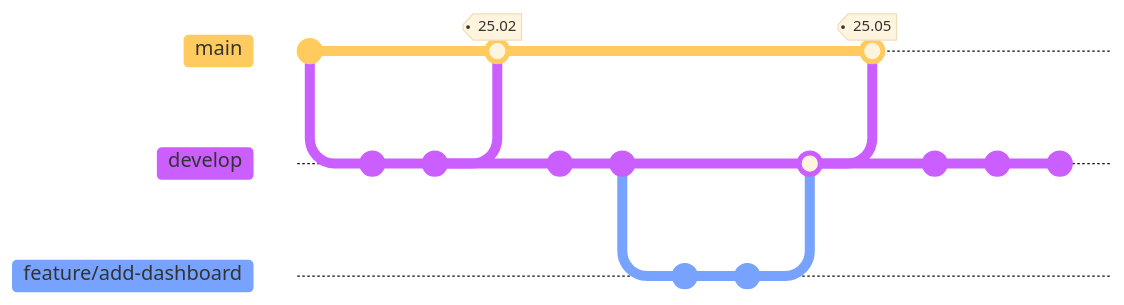
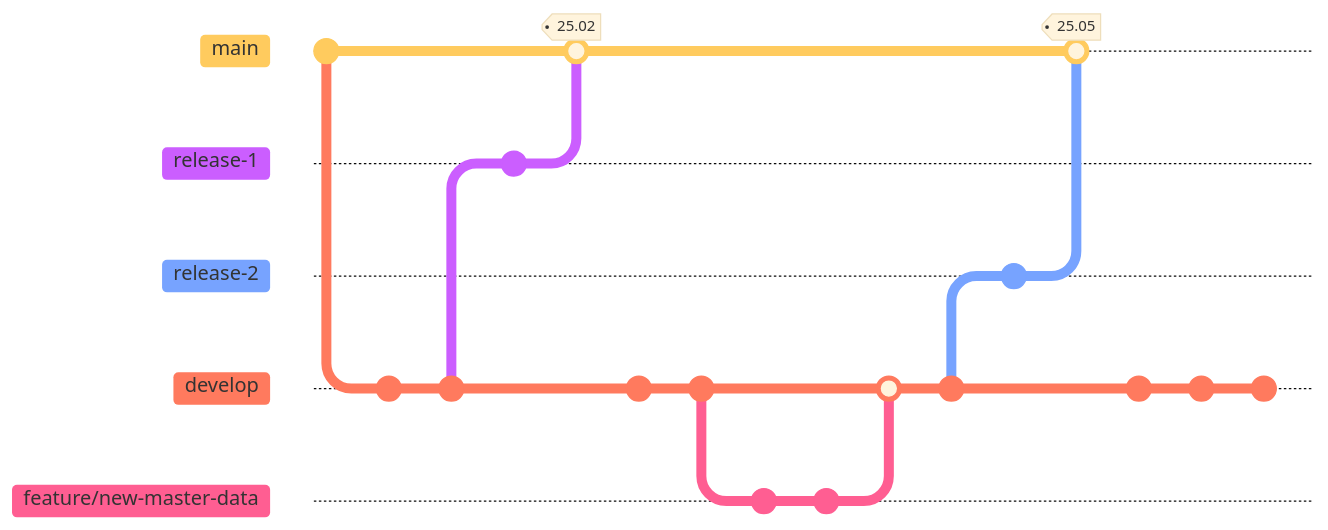
The diagram in blog/2025-05-21-databricks-dashboard-github-operation.qmd (i9wa4/i9wa4.github.io), drawn with Mermaid before and after one commit. Commit ids are hidden.

````diff
--- a/blog/2025-05-21-databricks-dashboard-github-operation.qmd
+++ b/blog/2025-05-21-databricks-dashboard-github-operation.qmd
@@ -54,39 +54,50 @@
 ```{mermaid}
 %%{
     init: {
         'logLevel': 'debug',
         'theme': 'base',
         'themeVariables': {
             'commitLabelFontSize': '14px',
             'tagLabelFontSize': '12px'
         }
     }
 }%%
 gitGraph LR:
     checkout main
     commit
-    branch develop order: 3
-    checkout develop
-    commit
-    commit
-    checkout main
-    merge develop tag: "25.02"
+    branch develop order: 4
     checkout develop
     commit
     commit
 
-    branch feature/add-dashboard order: 4
-    checkout feature/add-dashboard
+    branch release-1 order: 2
+    checkout release-1
+    commit
+
+    checkout main
+    merge release-1 tag: "25.02"
+
+    checkout develop
+    commit
+    commit
+
+    branch feature/new-master-data order: 5
+    checkout feature/new-master-data
     commit
     commit
     checkout develop
-    merge feature/add-dashboard
+    merge feature/new-master-data
+    commit
+
+    branch release-2 order: 3
+    checkout release-2
+    commit
 
     checkout main
-    merge develop tag: "25.05"
+    merge release-2 tag: "25.05"
 
     checkout develop
     commit
     commit
     commit
 ```
````
